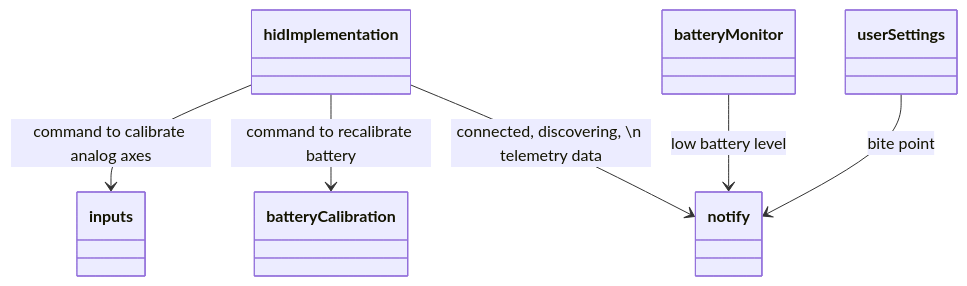
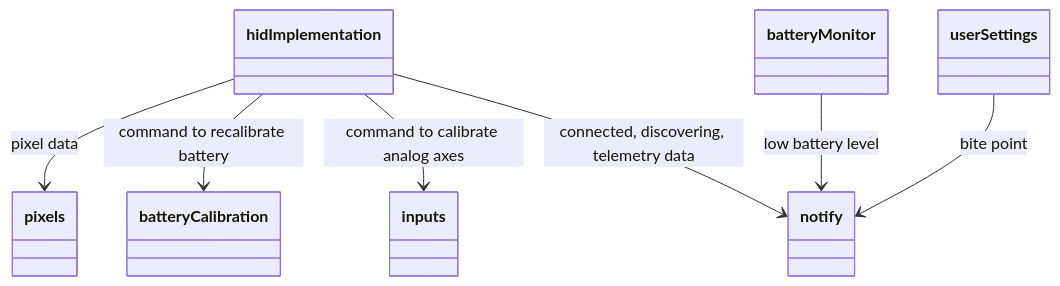
The third of 4 diagrams in doc/firmware/FirmwareArchitecture_en.md (afpineda/OpenSourceSimWheelESP32), drawn with Mermaid before and after one commit. The commit also changed other lines of this file and 8 other files, not shown here.

````diff
--- a/doc/firmware/FirmwareArchitecture_en.md
+++ b/doc/firmware/FirmwareArchitecture_en.md
@@ -137,8 +139,9 @@
 ```mermaid
 classDiagram
     hidImplementation --> inputs: command to calibrate analog axes
     hidImplementation --> batteryCalibration: command to recalibrate battery
-    hidImplementation --> notify: connected, discovering, \n telemetry data
+    hidImplementation --> notify: connected, discovering, telemetry data
+    hidImplementation --> pixels: pixel data
     batteryMonitor --> notify: low battery level
     userSettings --> notify: bite point
 ```
````
